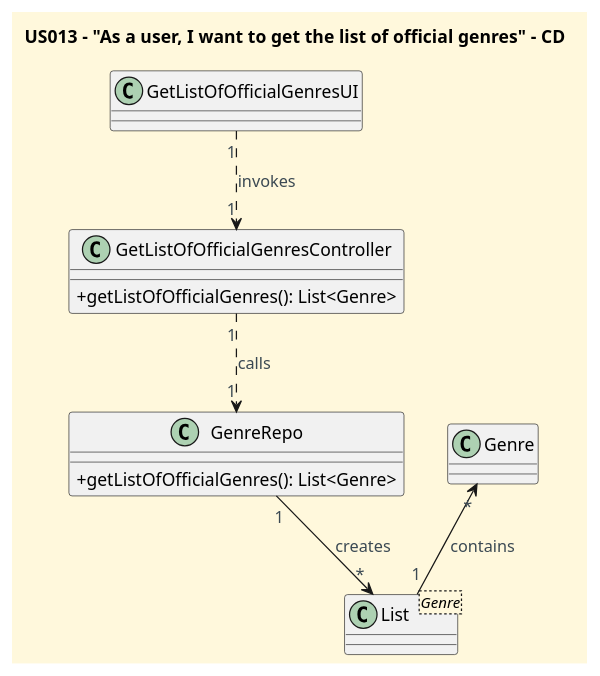
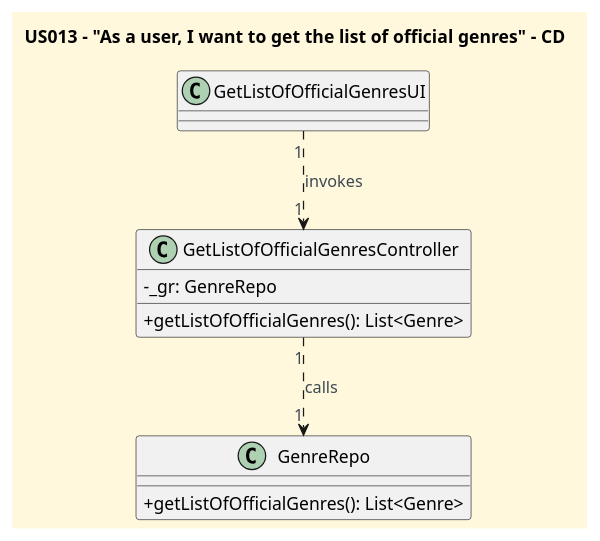
The diagram in docs/userStories/US013/US013_get_list_of_official_genres_CD.puml (CarolinaLeite-collab/JavaMarketplacePlatform), drawn with PlantUML before and after one commit. The commit also changed 1 other file, not shown here.

Commit message:
#188 - updated SD and CD diagrams for US013

```diff
--- a/docs/userStories/US013/US013_get_list_of_official_genres_CD.puml
+++ b/docs/userStories/US013/US013_get_list_of_official_genres_CD.puml
@@ -1,46 +1,39 @@
 @startuml
 'https://plantuml.com/class-diagram
 title US013 – "As a user, I want to get the list of official genres" - CD
 
 
 '==== basic style ====
 skinparam monochrome false
 skinparam shadowing false
 skinparam defaultFontName Futura
 skinparam objectFontSize 20
 skinparam backgroundColor CornSilk
 skinparam objectBackgroundColor WhiteSmoke
 skinparam noteBackgroundColor #FFFFE0
 skinparam ArrowFontColor #3B4953
 skinparam ActivationBackgroundColor black
 skinparam classAttributeIconSize 0
 
 class GetListOfOfficialGenresUI {
 }
 
 class GetListOfOfficialGenresController {
-
+-_gr: GenreRepo
 +getListOfOfficialGenres(): List<Genre>
 
 }
 
 class GenreRepo {
 
+
 +getListOfOfficialGenres(): List<Genre>
-
-}
-
-class List<Genre> {
-
-}
-
-Class Genre {
 
 }
 
 GetListOfOfficialGenresUI "1" ..> "1" GetListOfOfficialGenresController : invokes
 GetListOfOfficialGenresController "1" ..> "1" GenreRepo : calls
-GenreRepo "1" --> "*" List: creates
-Genre "*" <-- "1" List: contains
+
+
 
 @enduml
```
